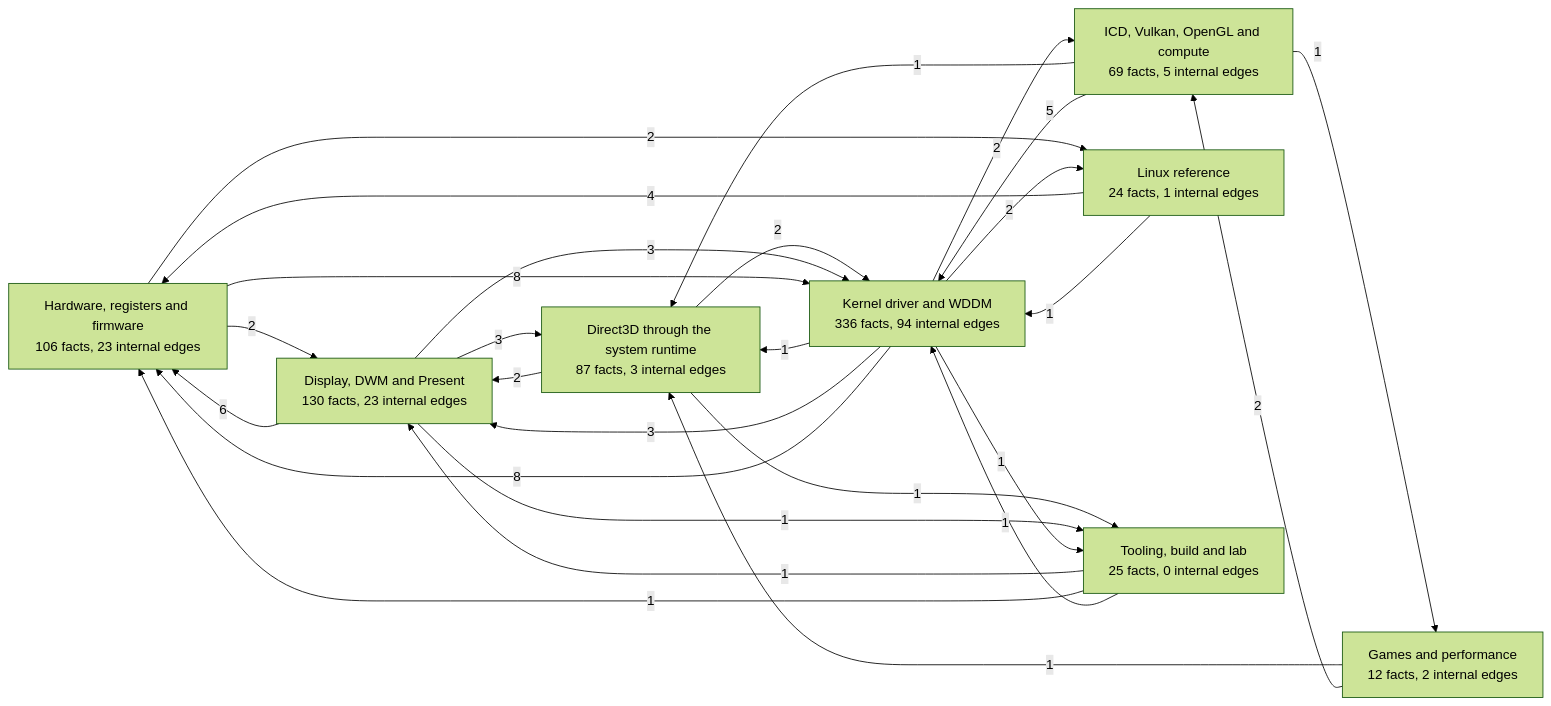
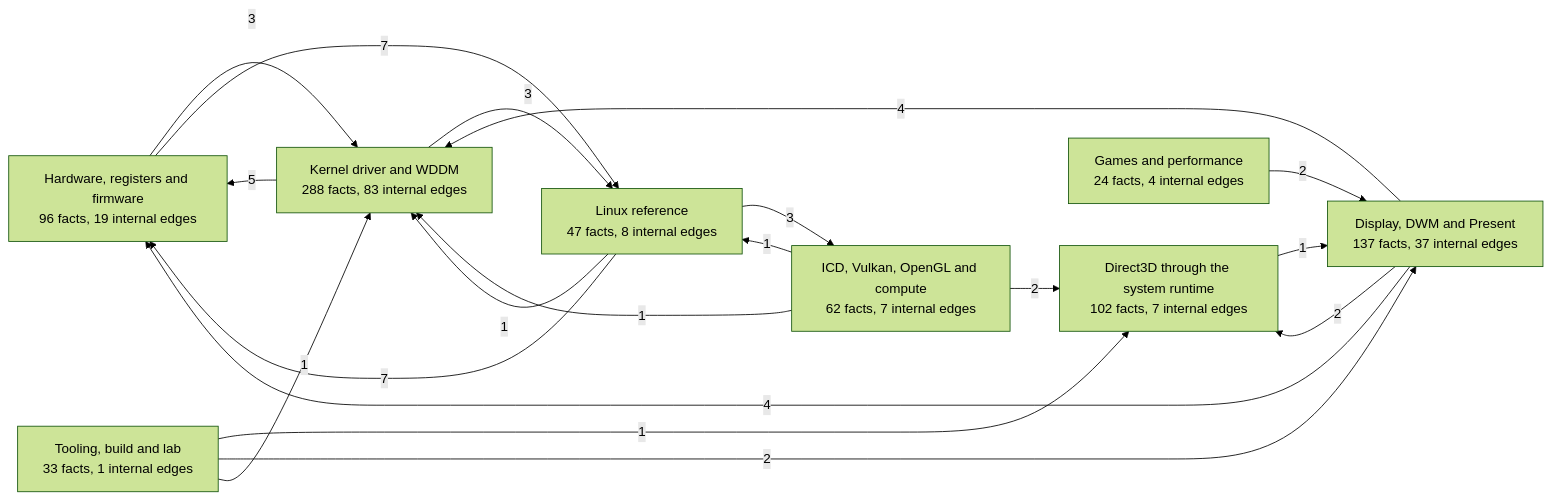
One commit to D-Ogi/amdgpu-wddm changed the diagram in docs/facts.md. Above: the diagram before and after it, drawn with Mermaid (forest theme). The commit also changed other lines of this file and 27 other files, not shown here.

````diff
--- a/docs/facts.md
+++ b/docs/facts.md
@@ -32,37 +32,29 @@
 ```mermaid
 flowchart LR
-  hardware["Hardware, registers and firmware<br/>106 facts, 23 internal edges"]
-  kmd["Kernel driver and WDDM<br/>336 facts, 94 internal edges"]
-  display["Display, DWM and Present<br/>130 facts, 23 internal edges"]
-  icd["ICD, Vulkan, OpenGL and compute<br/>69 facts, 5 internal edges"]
-  d3d["Direct3D through the system runtime<br/>87 facts, 3 internal edges"]
-  games["Games and performance<br/>12 facts, 2 internal edges"]
-  linux["Linux reference<br/>24 facts, 1 internal edges"]
-  tooling["Tooling, build and lab<br/>25 facts, 0 internal edges"]
-  d3d -->|2| display
-  d3d -->|2| kmd
-  d3d -->|1| tooling
-  display -->|3| d3d
-  display -->|6| hardware
-  display -->|3| kmd
-  display -->|1| tooling
-  games -->|1| d3d
-  games -->|2| icd
-  hardware -->|2| display
-  hardware -->|8| kmd
-  hardware -->|2| linux
-  icd -->|1| d3d
-  icd -->|1| games
-  icd -->|5| kmd
-  kmd -->|1| d3d
-  kmd -->|3| display
-  kmd -->|8| hardware
-  kmd -->|2| icd
-  kmd -->|2| linux
-  kmd -->|1| tooling
-  linux -->|4| hardware
+  hardware["Hardware, registers and firmware<br/>96 facts, 19 internal edges"]
+  kmd["Kernel driver and WDDM<br/>288 facts, 83 internal edges"]
+  display["Display, DWM and Present<br/>137 facts, 37 internal edges"]
+  icd["ICD, Vulkan, OpenGL and compute<br/>62 facts, 7 internal edges"]
+  d3d["Direct3D through the system runtime<br/>102 facts, 7 internal edges"]
+  games["Games and performance<br/>24 facts, 4 internal edges"]
+  linux["Linux reference<br/>47 facts, 8 internal edges"]
+  tooling["Tooling, build and lab<br/>33 facts, 1 internal edges"]
+  d3d -->|1| display
+  display -->|2| d3d
+  display -->|4| hardware
+  display -->|4| kmd
+  games -->|2| display
+  hardware -->|3| kmd
+  hardware -->|7| linux
+  icd -->|2| d3d
+  icd -->|1| kmd
+  icd -->|1| linux
+  kmd -->|5| hardware
+  kmd -->|3| linux
+  linux -->|7| hardware
+  linux -->|3| icd
   linux -->|1| kmd
-  tooling -->|1| display
-  tooling -->|1| hardware
+  tooling -->|1| d3d
+  tooling -->|2| display
   tooling -->|1| kmd
 ```
````
